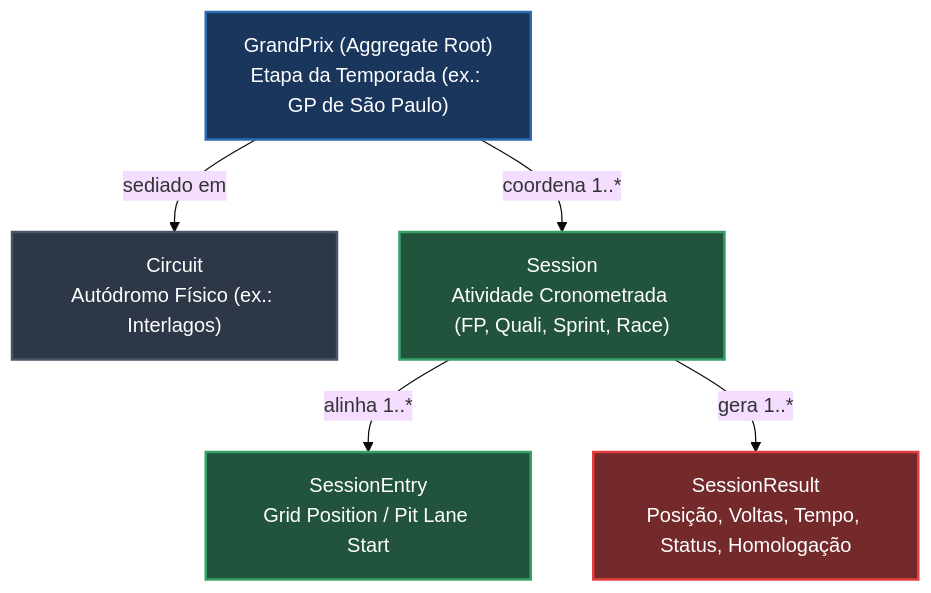
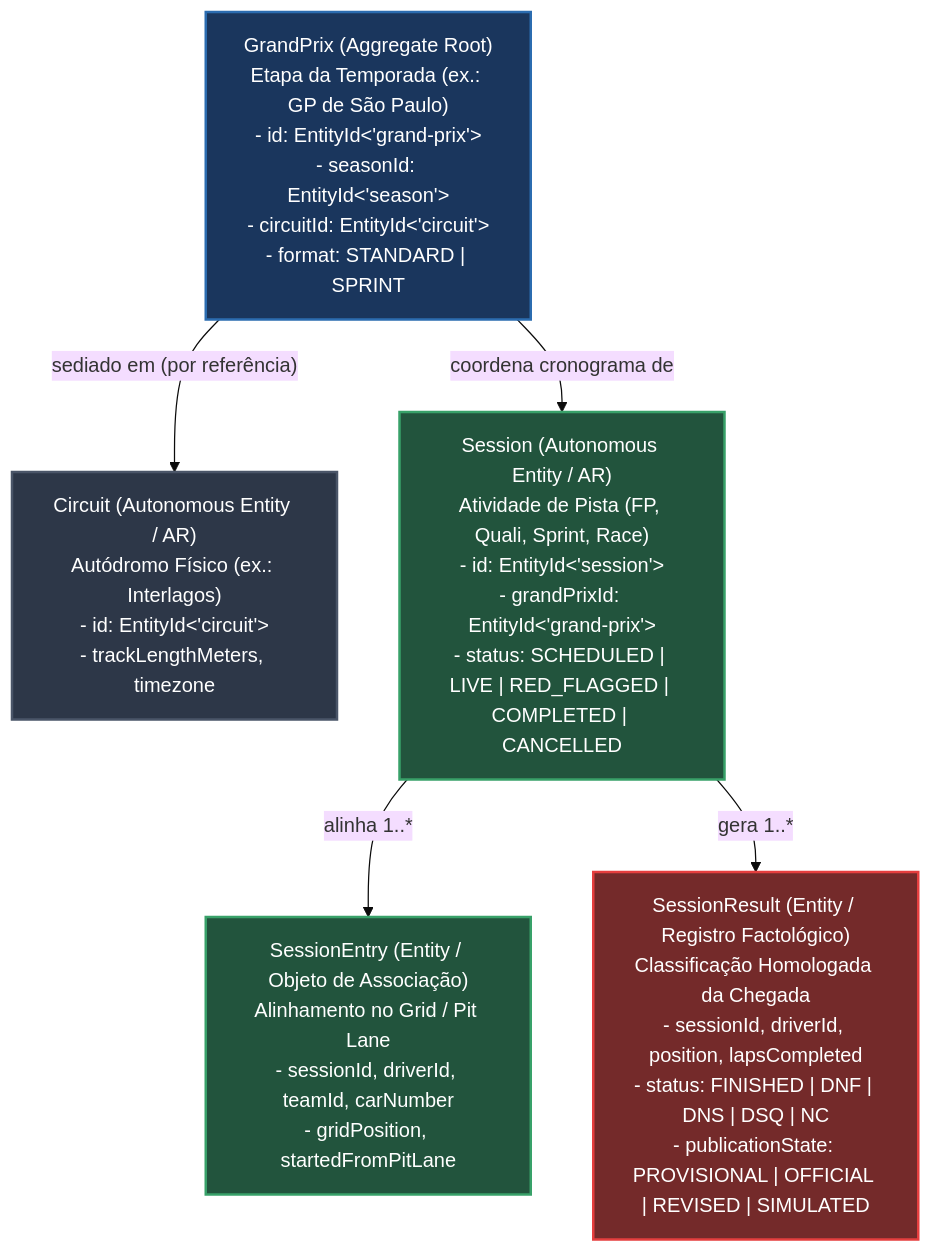
The first of 4 diagrams in docs/domain/events.md (Joao147258/f1atlas), drawn with Mermaid (base theme) before and after one commit. The commit also changed other lines of this file and 167 other files, not shown here.

````diff
--- a/docs/domain/events.md
+++ b/docs/domain/events.md
@@ -20,18 +33,22 @@
 ```mermaid
 flowchart TD
     classDef gp fill:#1a365d,stroke:#2b6cb0,stroke-width:2px,color:#fff;
     classDef circuit fill:#2d3748,stroke:#4a5568,stroke-width:2px,color:#fff;
     classDef session fill:#22543d,stroke:#38a169,stroke-width:2px,color:#fff;
     classDef result fill:#742a2a,stroke:#e53e3e,stroke-width:2px,color:#fff;
 
-    GP["GrandPrix (Aggregate Root)<br/>Etapa da Temporada (ex.: GP de São Paulo)"]:::gp
-    Circuit["Circuit<br/>Autódromo Físico (ex.: Interlagos)"]:::circuit
+    Circuit["Circuit (Autonomous Entity / AR)<br/>Autódromo Físico (ex.: Interlagos)<br/>- id: EntityId<'circuit'><br/>- trackLengthMeters, timezone"]:::circuit
 
-    GP -->|"sediado em"| Circuit
-    GP -->|"coordena 1..*"| Session
+    GP["GrandPrix (Aggregate Root)<br/>Etapa da Temporada (ex.: GP de São Paulo)<br/>- id: EntityId<'grand-prix'><br/>- seasonId: EntityId<'season'><br/>- circuitId: EntityId<'circuit'><br/>- format: STANDARD | SPRINT"]:::gp
 
-    Session["Session<br/>Atividade Cronometrada (FP, Quali, Sprint, Race)"]:::session
-    
-    Session -->|"alinha 1..*"| SessionEntry["SessionEntry<br/>Grid Position / Pit Lane Start"]:::session
-    Session -->|"gera 1..*"| SessionResult["SessionResult<br/>Posição, Voltas, Tempo, Status, Homologação"]:::result
+    Session["Session (Autonomous Entity / AR)<br/>Atividade de Pista (FP, Quali, Sprint, Race)<br/>- id: EntityId<'session'><br/>- grandPrixId: EntityId<'grand-prix'><br/>- status: SCHEDULED | LIVE | RED_FLAGGED | COMPLETED | CANCELLED"]:::session
+
+    SessionEntry["SessionEntry (Entity / Objeto de Associação)<br/>Alinhamento no Grid / Pit Lane<br/>- sessionId, driverId, teamId, carNumber<br/>- gridPosition, startedFromPitLane"]:::session
+
+    SessionResult["SessionResult (Entity / Registro Factológico)<br/>Classificação Homologada da Chegada<br/>- sessionId, driverId, position, lapsCompleted<br/>- status: FINISHED | DNF | DNS | DSQ | NC<br/>- publicationState: PROVISIONAL | OFFICIAL | REVISED | SIMULATED"]:::result
+
+    GP -->|"sediado em (por referência)"| Circuit
+    GP -->|"coordena cronograma de"| Session
+    Session -->|"alinha 1..*"| SessionEntry
+    Session -->|"gera 1..*"| SessionResult
 ```
````
